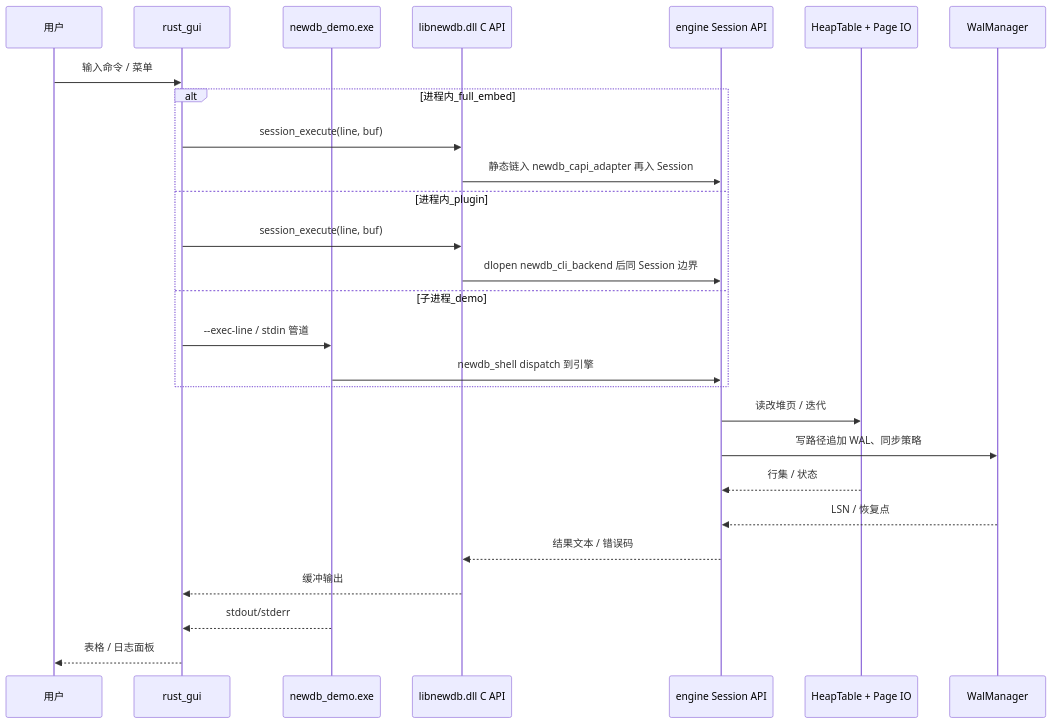
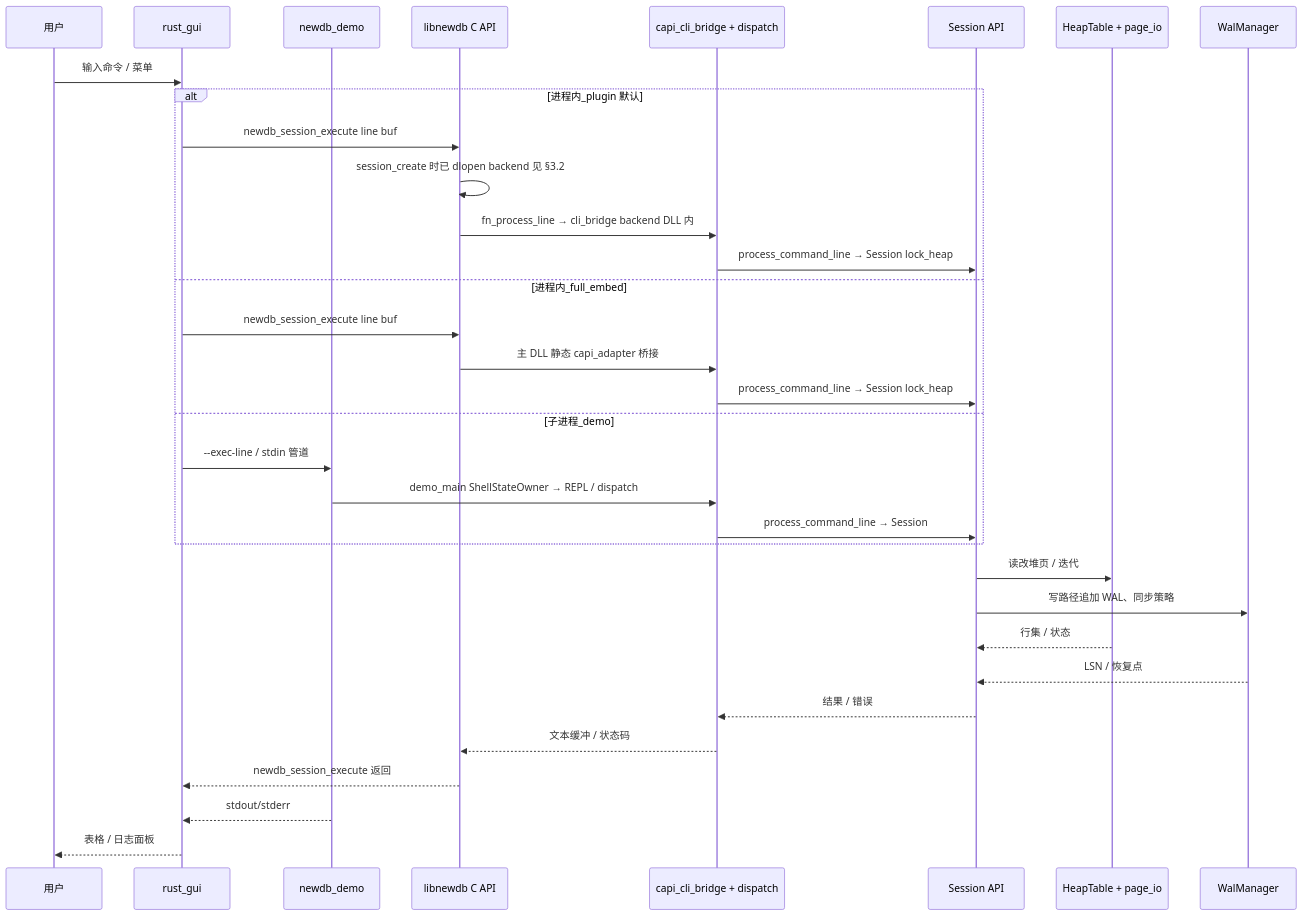
Before and after one commit to skyline019/database: the sixth of 17 diagrams in newdb/docs/architecture/PROJECT_DATAFLOW_WHOLE.md, drawn with Mermaid. The commit also changed other lines of this file, not shown here.

````diff
--- a/newdb/docs/architecture/PROJECT_DATAFLOW_WHOLE.md
+++ b/newdb/docs/architecture/PROJECT_DATAFLOW_WHOLE.md
@@ -205,30 +358,36 @@
 ```mermaid
 sequenceDiagram
   participant U as 用户
   participant G as rust_gui
-  participant D as newdb_demo.exe
-  participant L as libnewdb.dll C API
-  participant S as engine Session API
-  participant H as HeapTable + Page IO
+  participant D as newdb_demo
+  participant L as libnewdb C API
+  participant B as capi_cli_bridge + dispatch
+  participant S as Session API
+  participant H as HeapTable + page_io
   participant W as WalManager
 
   U->>G: 输入命令 / 菜单
-  alt 进程内_full_embed
-    G->>L: session_execute(line, buf)
-    L->>S: 静态链入 newdb_capi_adapter 再入 Session
-  else 进程内_plugin
-    G->>L: session_execute(line, buf)
-    L->>S: dlopen newdb_cli_backend 后同 Session 边界
+  alt 进程内_plugin 默认
+    G->>L: newdb_session_execute line buf
+    L->>L: session_create 时已 dlopen backend 见 §3.2
+    L->>B: fn_process_line → cli_bridge backend DLL 内
+    B->>S: process_command_line → Session lock_heap
+  else 进程内_full_embed
+    G->>L: newdb_session_execute line buf
+    L->>B: 主 DLL 静态 capi_adapter 桥接
+    B->>S: process_command_line → Session lock_heap
   else 子进程_demo
     G->>D: --exec-line / stdin 管道
-    D->>S: newdb_shell dispatch 到引擎
+    D->>B: demo_main ShellStateOwner → REPL / dispatch
+    B->>S: process_command_line → Session
   end
   S->>H: 读改堆页 / 迭代
   S->>W: 写路径追加 WAL、同步策略
   H-->>S: 行集 / 状态
   W-->>S: LSN / 恢复点
-  S-->>L: 结果文本 / 错误码
-  L-->>G: 缓冲输出
+  S-->>B: 结果 / 错误
+  B-->>L: 文本缓冲 / 状态码
+  L-->>G: newdb_session_execute 返回
   D-->>G: stdout/stderr
   G-->>U: 表格 / 日志面板
 ```
````
